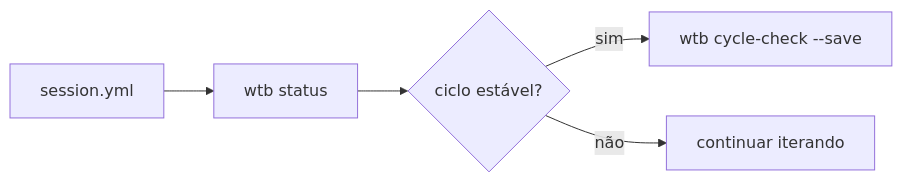
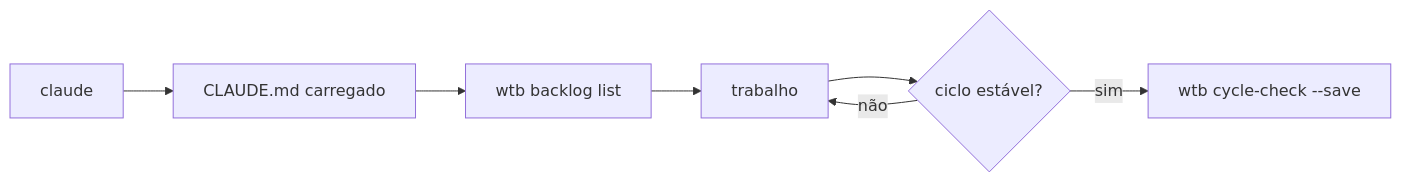
The diagram in docs/guides/getting-started.md (geraldothuler/workflow-starter), drawn with Mermaid before and after one commit. The commit also changed other lines of this file and 4 other files, not shown here.

````diff
--- a/docs/guides/getting-started.md
+++ b/docs/guides/getting-started.md
@@ -22,7 +51,9 @@
 ```mermaid
 flowchart LR
-    A[session.yml] --> B[wtb status]
-    B --> C{ciclo estável?}
-    C -->|sim| D[wtb cycle-check --save]
-    C -->|não| E[continuar iterando]
+    A[claude] --> B[CLAUDE.md carregado]
+    B --> C[wtb backlog list]
+    C --> D[trabalho]
+    D --> E{ciclo estável?}
+    E -->|sim| F[wtb cycle-check --save]
+    E -->|não| D
 ```
````
